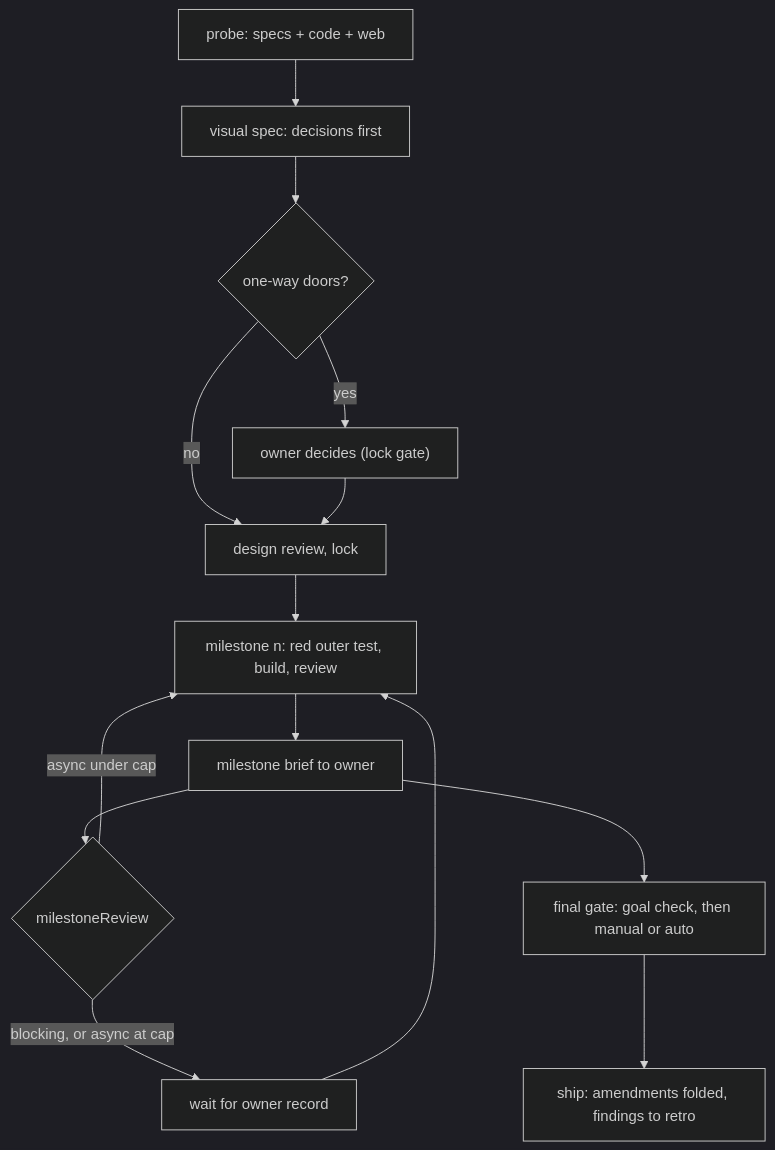
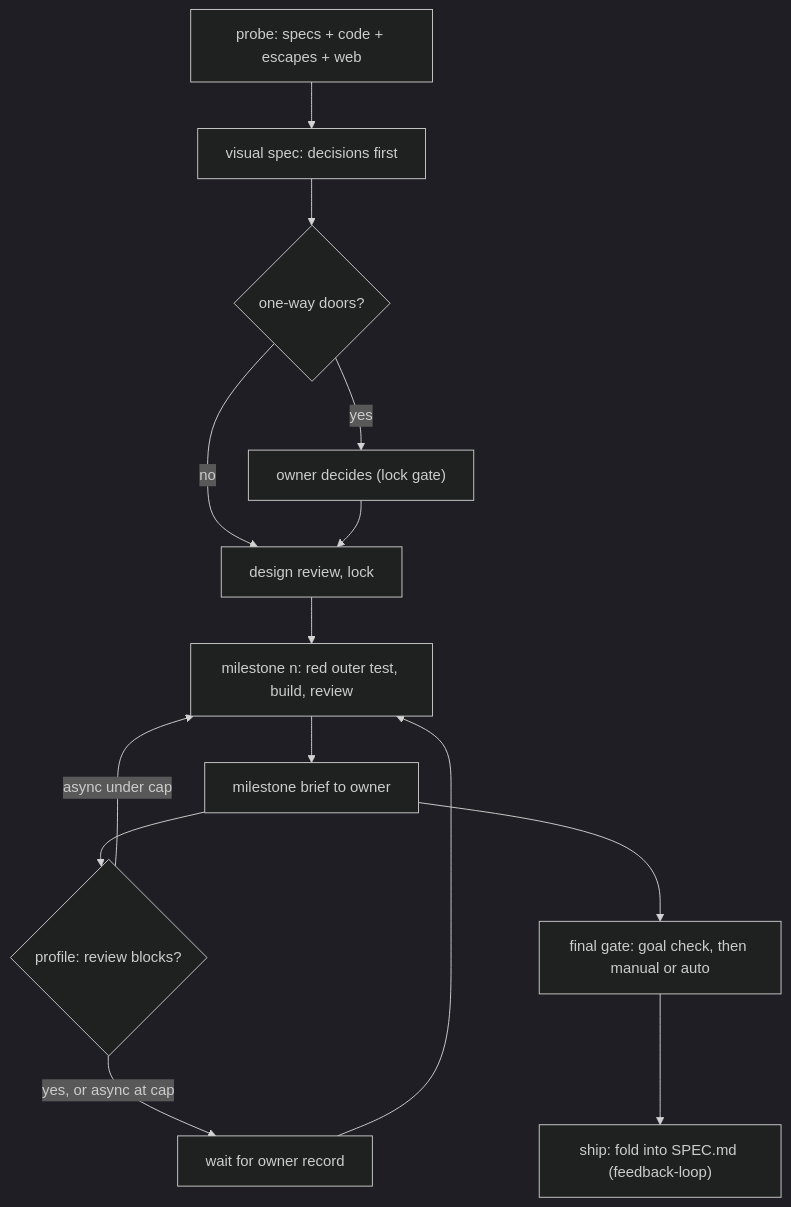
One commit to sibulus13/claudence changed the first of 3 diagrams in docs/work/agentic-loop/README.md. Above: the diagram before and after it, drawn with Mermaid (dark theme). The commit also changed other lines of this file and 3 other files, not shown here.

````diff
--- a/docs/work/agentic-loop/README.md
+++ b/docs/work/agentic-loop/README.md
@@ -15,16 +15,16 @@
 ```mermaid
 flowchart TD
-  R["probe: specs + code + web"] --> S["visual spec: decisions first"]
+  R["probe: specs + code + escapes + web"] --> S["visual spec: decisions first"]
   S --> O{"one-way doors?"}
   O -- "yes" --> OW["owner decides (lock gate)"]
   O -- "no" --> L["design review, lock"]
   OW --> L
   L --> M["milestone n: red outer test, build, review"]
   M --> MB["milestone brief to owner"]
-  MB --> G{"milestoneReview"}
-  G -- "blocking, or async at cap" --> W["wait for owner record"]
+  MB --> G{"profile: review blocks?"}
+  G -- "yes, or async at cap" --> W["wait for owner record"]
   G -- "async under cap" --> M
   W --> M
   MB --> F["final gate: goal check, then manual or auto"]
-  F --> SH["ship: amendments folded, findings to retro"]
+  F --> SH["ship: fold into SPEC.md (feedback-loop)"]
 ```
````
